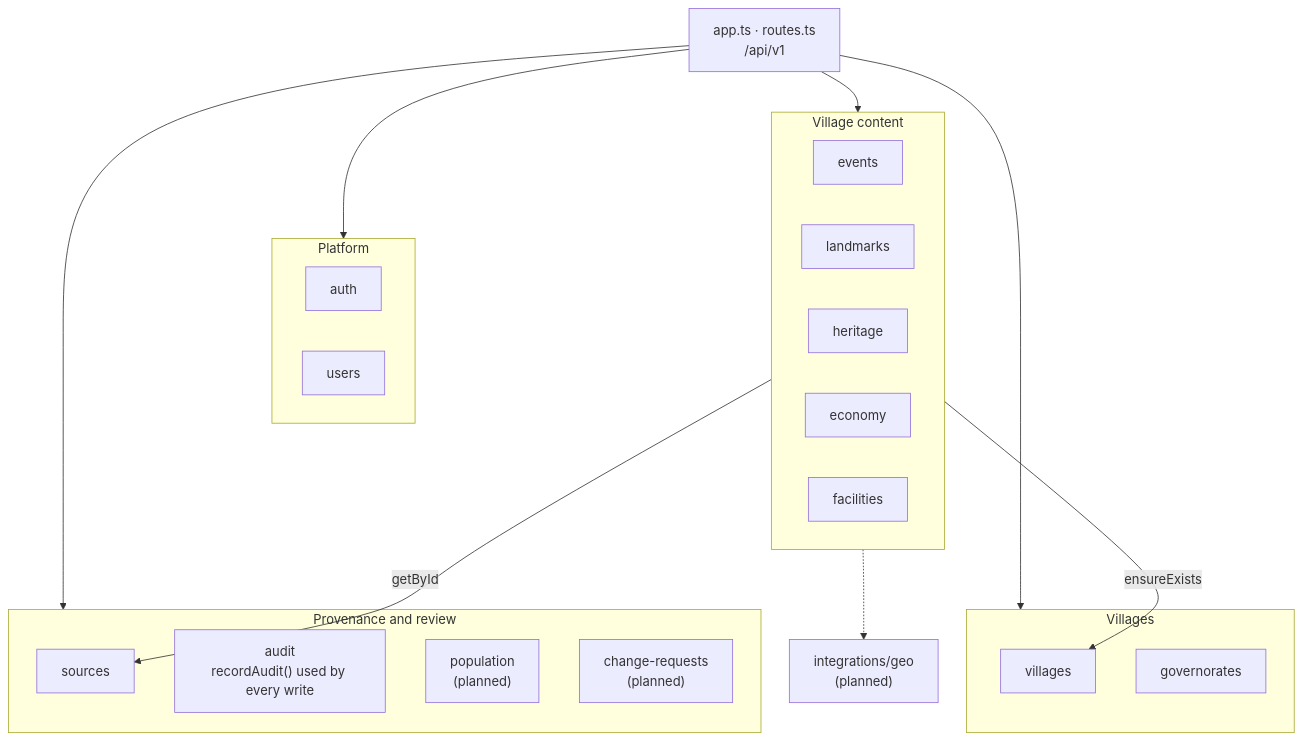
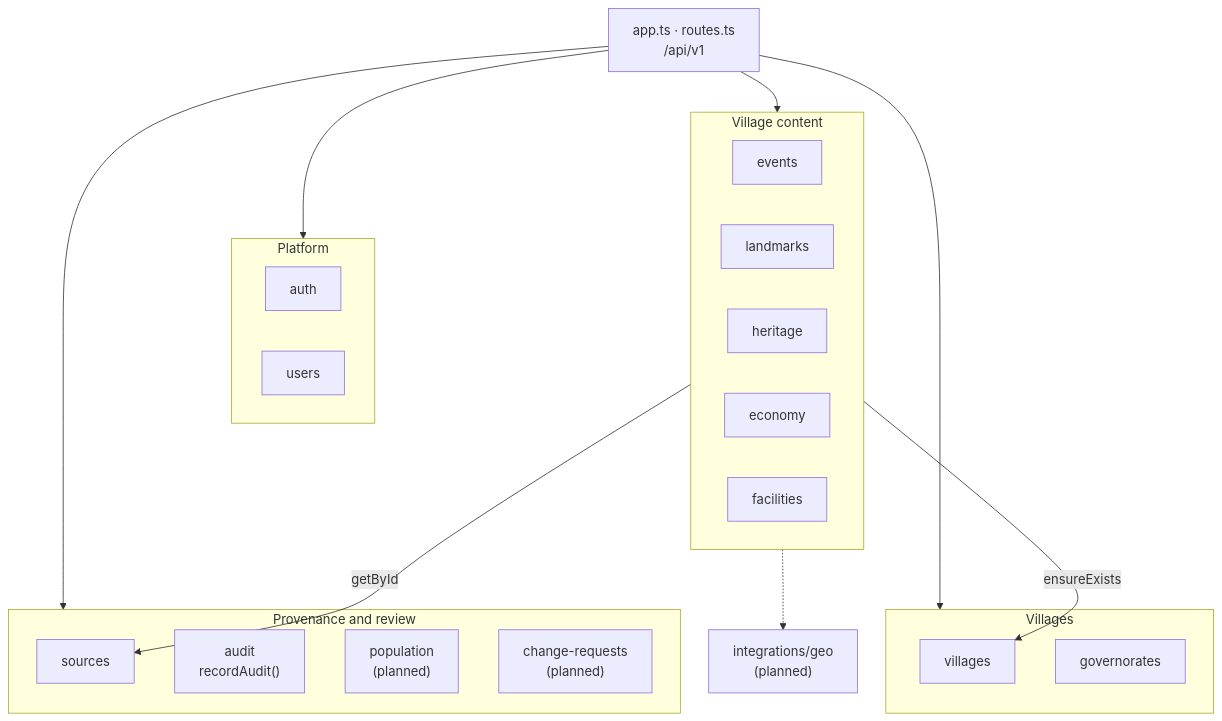
Before and after one commit to halaawwad/qaryati: the second of 4 diagrams in docs/architecture.md, drawn with Mermaid. The commit also changed other lines of this file and 1 other file, not shown here.

Commit message:
docs: correct request flow, route access, planned workflows and DB constraints

````diff
--- a/docs/architecture.md
+++ b/docs/architecture.md
@@ -42,33 +42,33 @@
 ```mermaid
 flowchart TB
     app["app.ts · routes.ts<br/>/api/v1"]
 
     subgraph hala["Platform"]
         auth[auth]
         users[users]
     end
     subgraph yaman["Villages"]
         villages[villages]
         governorates[governorates]
     end
     subgraph sara["Provenance and review"]
         sources[sources]
-        audit["audit<br/>recordAudit() used by every write"]
+        audit["audit<br/>recordAudit()"]
         population["population<br/>(planned)"]
         changes["change-requests<br/>(planned)"]
     end
     subgraph zeina["Village content"]
         events[events]
         landmarks[landmarks]
         heritage[heritage]
         economy[economy]
         facilities[facilities]
     end
 
     geo["integrations/geo<br/>(planned)"]
 
     app --> hala & yaman & sara & zeina
     zeina -- "ensureExists" --> villages
     zeina -- "getById" --> sources
     zeina -.-> geo
 ```
````
